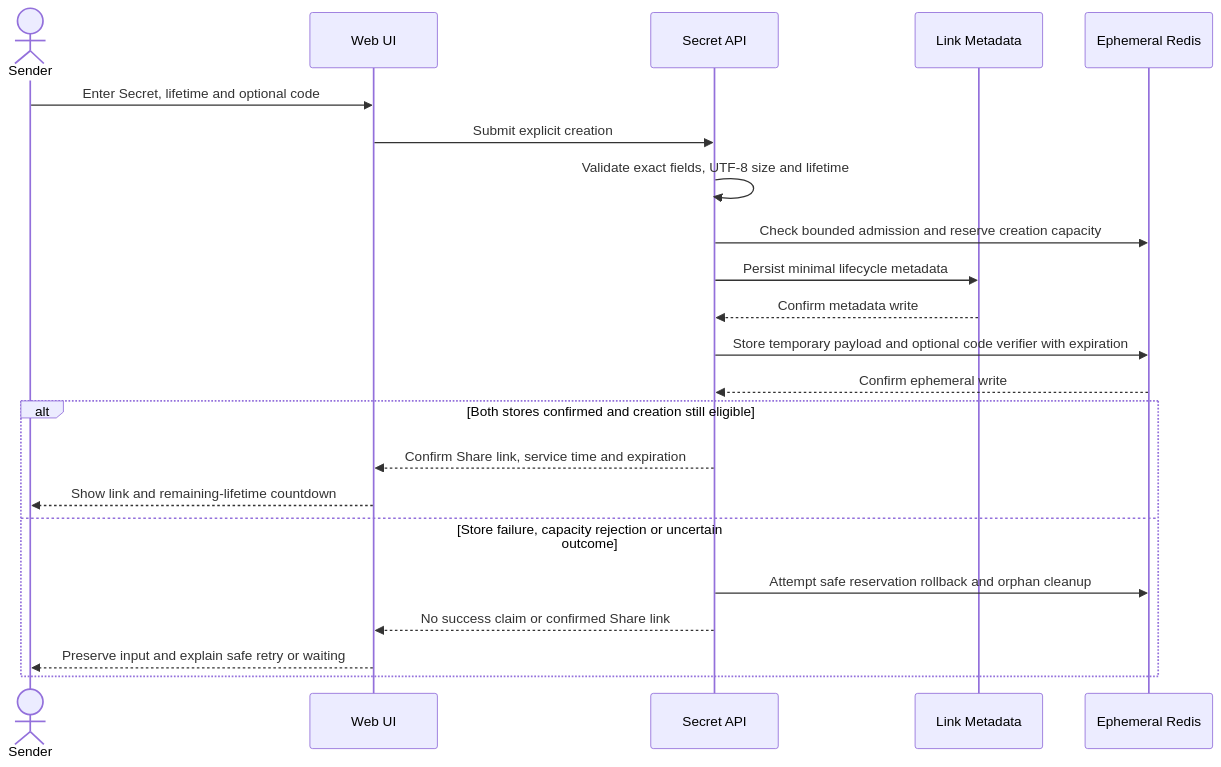
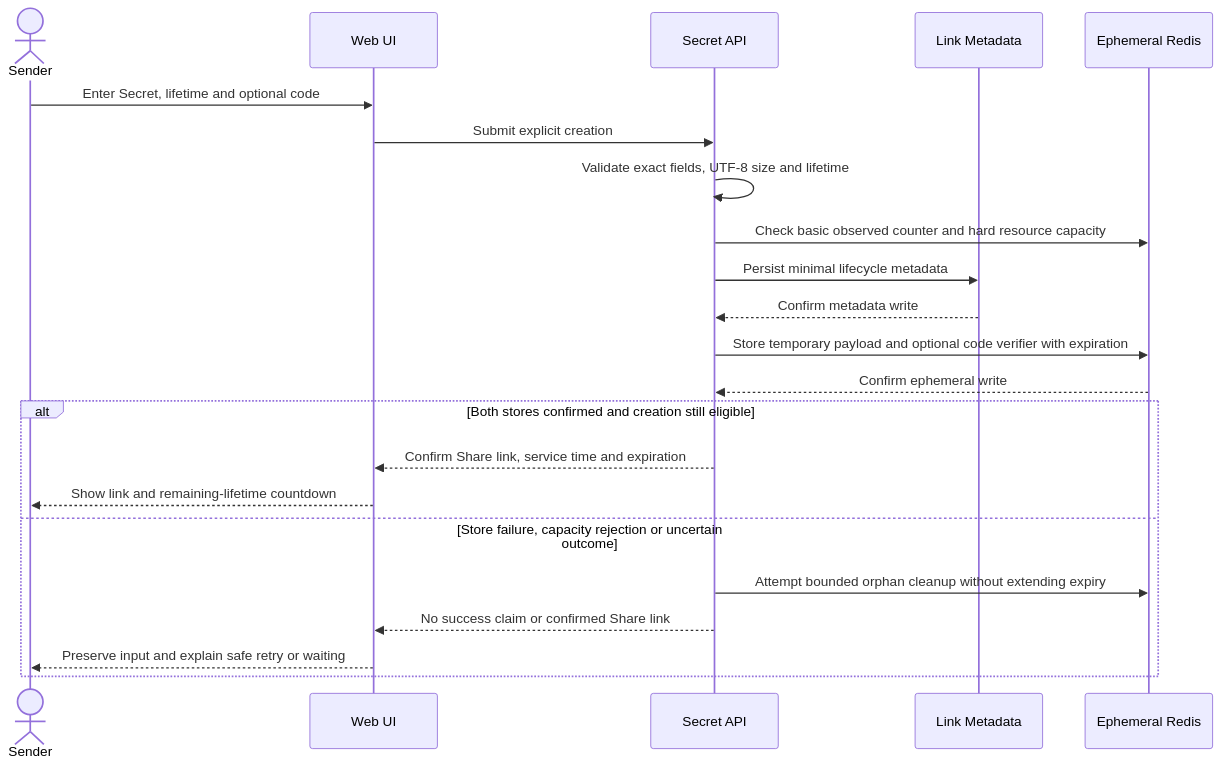
Before and after one commit to AlexandrBursak/shortLivePath: the third of 11 diagrams in docs/features/short-live-path/sad.md, drawn with Mermaid. The commit also changed other lines of this file and 45 other files, not shown here.

````diff
--- a/docs/features/short-live-path/sad.md
+++ b/docs/features/short-live-path/sad.md
@@ -187,24 +189,24 @@
 ```mermaid
 sequenceDiagram
     actor Sender
     participant Web as Web UI
     participant API as Secret API
     participant PG as Link Metadata
     participant R as Ephemeral Redis
     Sender->>Web: Enter Secret, lifetime and optional code
     Web->>API: Submit explicit creation
     API->>API: Validate exact fields, UTF-8 size and lifetime
-    API->>R: Check bounded admission and reserve creation capacity
+    API->>R: Check basic observed counter and hard resource capacity
     API->>PG: Persist minimal lifecycle metadata
     PG-->>API: Confirm metadata write
     API->>R: Store temporary payload and optional code verifier with expiration
     R-->>API: Confirm ephemeral write
     alt Both stores confirmed and creation still eligible
         API-->>Web: Confirm Share link, service time and expiration
         Web-->>Sender: Show link and remaining-lifetime countdown
     else Store failure, capacity rejection or uncertain outcome
-        API->>R: Attempt safe reservation rollback and orphan cleanup
+        API->>R: Attempt bounded orphan cleanup without extending expiry
         API-->>Web: No success claim or confirmed Share link
         Web-->>Sender: Preserve input and explain safe retry or waiting
     end
 ```
````
